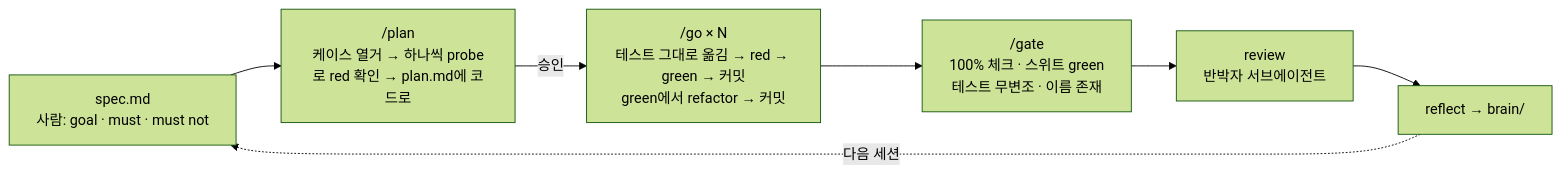
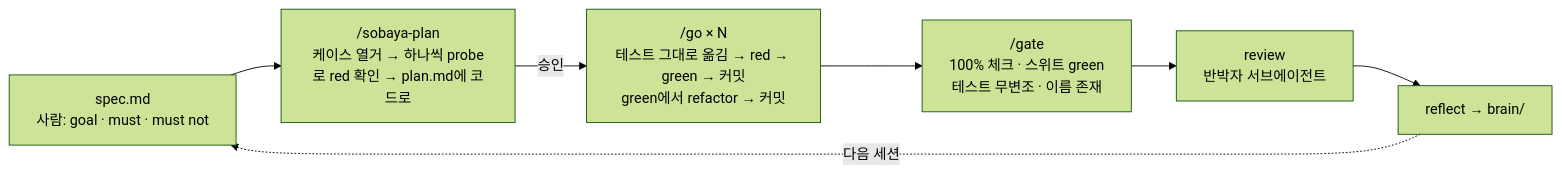
Before and after one commit to team-poem/sobaya: the diagram in README.ko.md, drawn with Mermaid (forest theme). The commit also changed other lines of this file and 17 other files, not shown here.

````diff
--- a/README.ko.md
+++ b/README.ko.md
@@ -27,9 +27,9 @@
 ```mermaid
 flowchart LR
-    S["spec.md<br>사람: goal · must · must not"] --> P["/plan<br>케이스 열거 → 하나씩 probe로 red 확인 → plan.md에 코드로"]
+    S["spec.md<br>사람: goal · must · must not"] --> P["/sobaya-plan<br>케이스 열거 → 하나씩 probe로 red 확인 → plan.md에 코드로"]
     P -- 승인 --> G["/go × N<br>테스트 그대로 옮김 → red → green → 커밋<br>green에서 refactor → 커밋"]
     G --> T["/gate<br>100% 체크 · 스위트 green<br>테스트 무변조 · 이름 존재"]
     T --> R["review<br>반박자 서브에이전트"]
     R --> F["reflect → brain/"]
     F -. 다음 세션 .-> S
 ```
````
